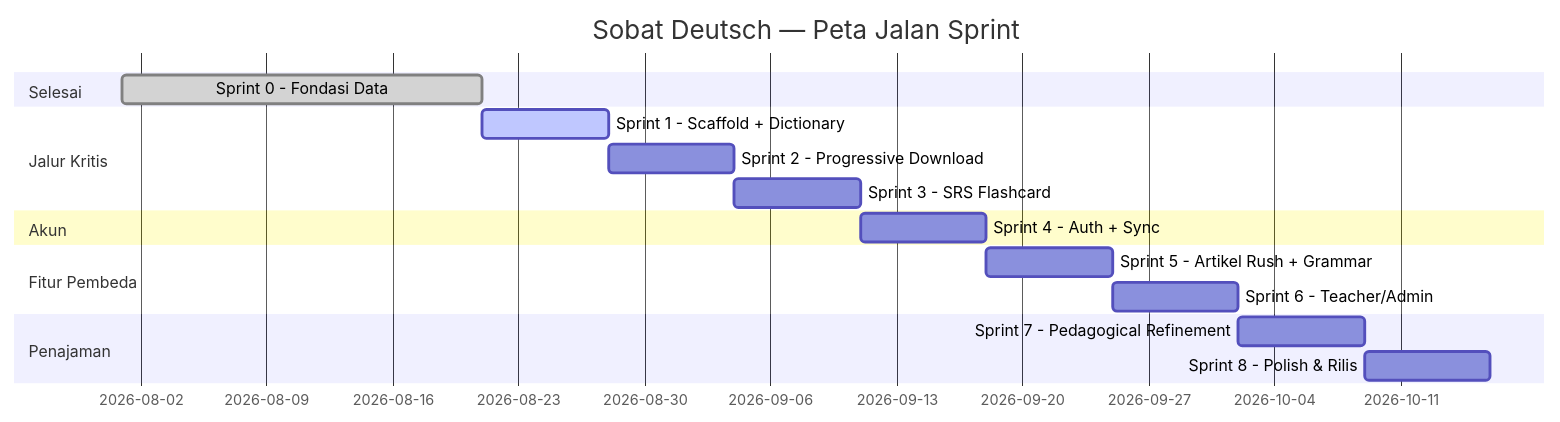
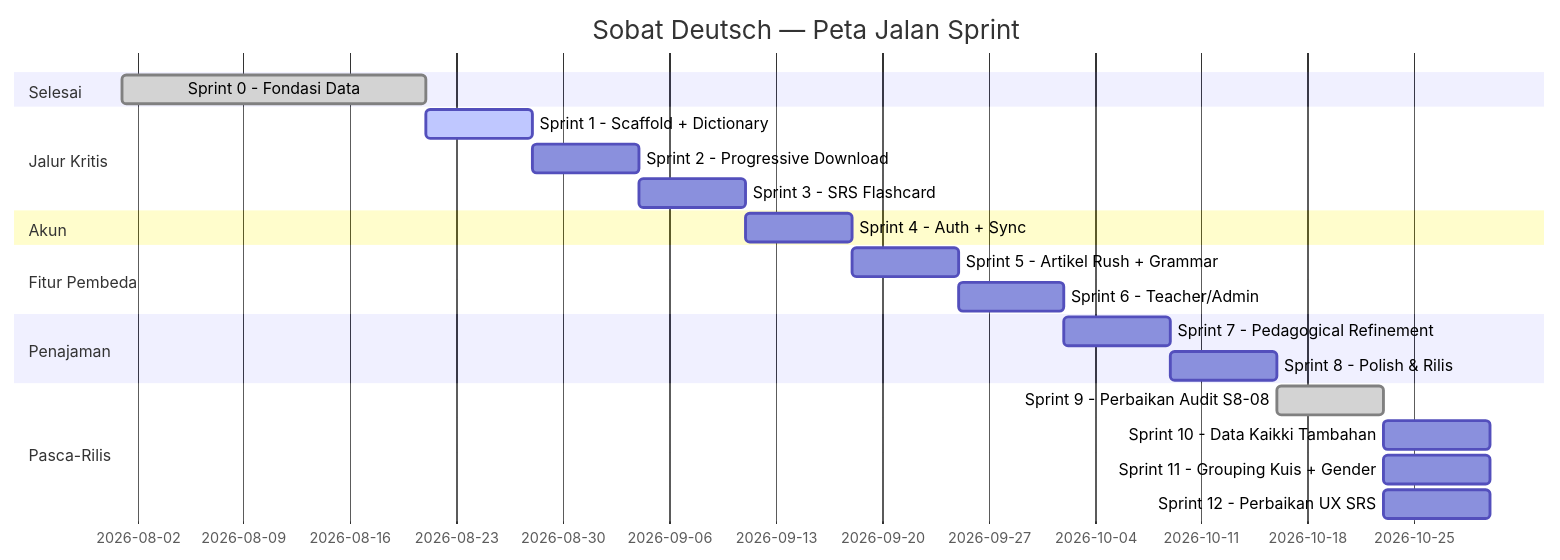
One commit to heyymasud/sobat-deutsch changed the diagram in docs/SPRINT_PLAN.md. Above: the diagram before and after it, drawn with Mermaid. The commit also changed other lines of this file and 7 other files, not shown here.

First line of the commit message:
docs: update roadmap, checklist, and specs for Sprints 10-12

````diff
--- a/docs/SPRINT_PLAN.md
+++ b/docs/SPRINT_PLAN.md
@@ -96,19 +100,24 @@
 ```mermaid
 gantt
     dateFormat YYYY-MM-DD
     title Sobat Deutsch — Peta Jalan Sprint
     section Selesai
     Sprint 0 - Fondasi Data           :done, s0, 2026-08-01, 20d
     section Jalur Kritis
     Sprint 1 - Scaffold + Dictionary  :active, s1, after s0, 7d
     Sprint 2 - Progressive Download   :s2, after s1, 7d
     Sprint 3 - SRS Flashcard          :s3, after s2, 7d
     section Akun
     Sprint 4 - Auth + Sync            :s4, after s3, 7d
     section Fitur Pembeda
     Sprint 5 - Artikel Rush + Grammar :s5, after s4, 7d
     Sprint 6 - Teacher/Admin          :s6, after s5, 7d
     section Penajaman
     Sprint 7 - Pedagogical Refinement :s7, after s6, 7d
     Sprint 8 - Polish & Rilis         :s8, after s7, 7d
+    section Pasca-Rilis
+    Sprint 9 - Perbaikan Audit S8-08  :done, s9, after s8, 7d
+    Sprint 10 - Data Kaikki Tambahan  :s10, after s9, 7d
+    Sprint 11 - Grouping Kuis + Gender:s11, after s9, 7d
+    Sprint 12 - Perbaikan UX SRS      :s12, after s9, 7d
 ```
````
